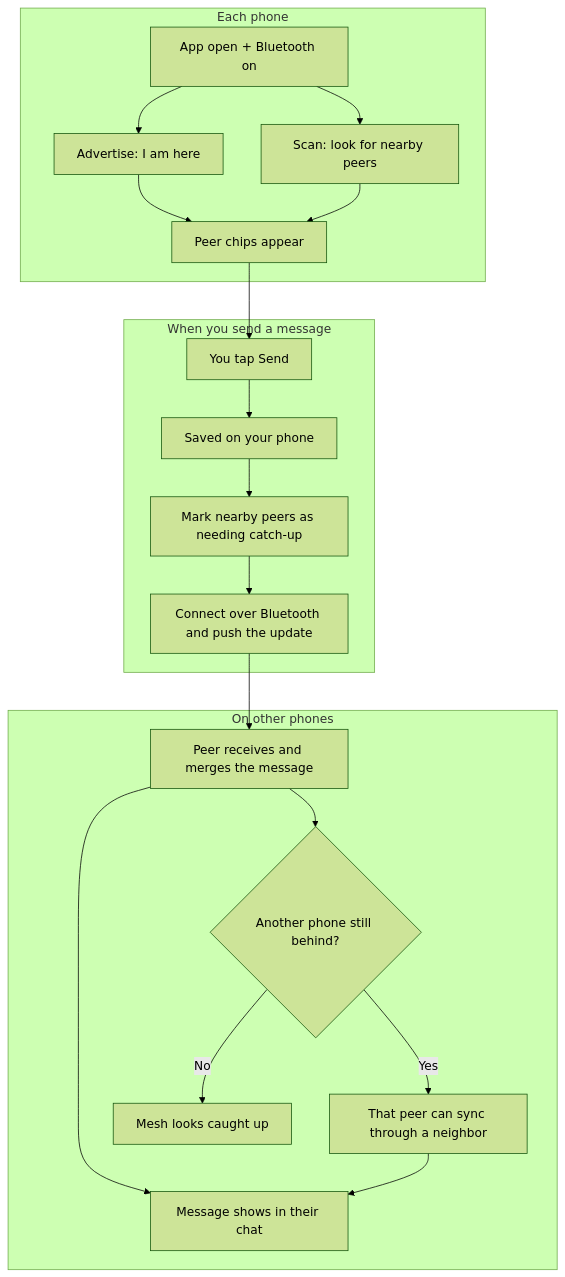
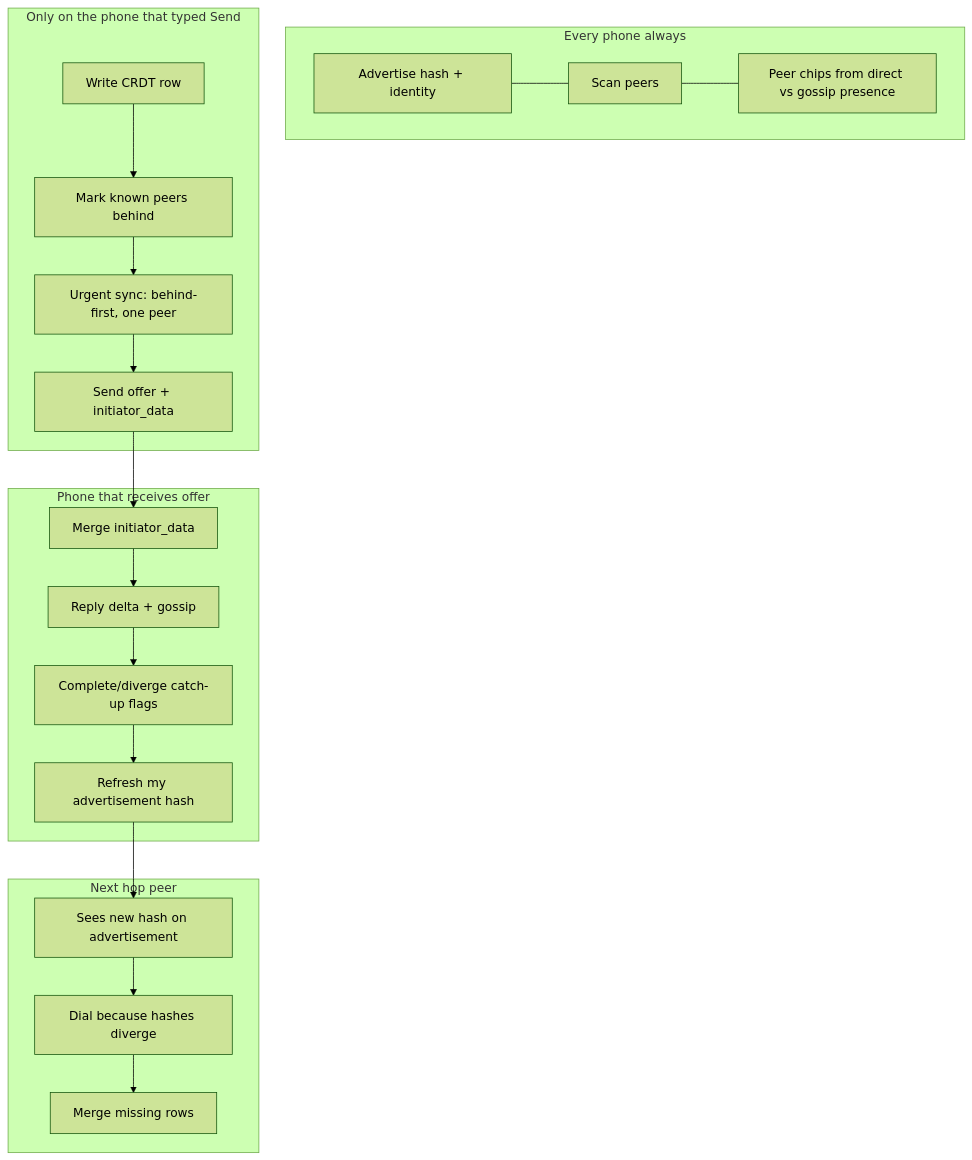
The tenth of 10 diagrams in README.md (ebregger/Meshenger), drawn with Mermaid (forest theme) before and after one commit. The commit also changed other lines of this file, not shown here.

First line of the commit message:
Document real mesh sync flows in the README.

````diff
--- a/README.md
+++ b/README.md
@@ -24,26 +268,32 @@
 ```mermaid
 flowchart TD
-  subgraph everyPhone [Each phone]
-    A[App open + Bluetooth on] --> B[Advertise: I am here]
-    A --> C[Scan: look for nearby peers]
-    B --> D[Peer chips appear]
-    C --> D
+  subgraph always [Every phone always]
+    ADV[Advertise hash + identity]
+    SCN[Scan peers]
+    UI[Peer chips from direct vs gossip presence]
   end
 
-  subgraph sendMsg [When you send a message]
-    E[You tap Send] --> F[Saved on your phone]
-    F --> G[Mark nearby peers as needing catch-up]
-    G --> H[Connect over Bluetooth and push the update]
+  subgraph onSend [Only on the phone that typed Send]
+    W[Write CRDT row]
+    STALE[Mark known peers behind]
+    URG[Urgent sync: behind-first, one peer]
+    OFF[Send offer + initiator_data]
   end
 
-  subgraph otherPhones [On other phones]
-    H --> I[Peer receives and merges the message]
-    I --> J[Message shows in their chat]
-    I --> K{Another phone still behind?}
-    K -->|Yes| L[That peer can sync through a neighbor]
-    L --> J
-    K -->|No| M[Mesh looks caught up]
+  subgraph onRecv [Phone that receives offer]
+    M1[Merge initiator_data]
+    R1[Reply delta + gossip]
+    H1[Complete/diverge catch-up flags]
+    ADV2[Refresh my advertisement hash]
   end
 
-  D --> E
+  subgraph hop2 [Next hop peer]
+    SCN2[Sees new hash on advertisement]
+    DIAL2[Dial because hashes diverge]
+    M2[Merge missing rows]
+  end
+
+  ADV --- SCN --- UI
+  W --> STALE --> URG --> OFF --> M1 --> R1 --> H1 --> ADV2
+  ADV2 --> SCN2 --> DIAL2 --> M2
 ```
````
